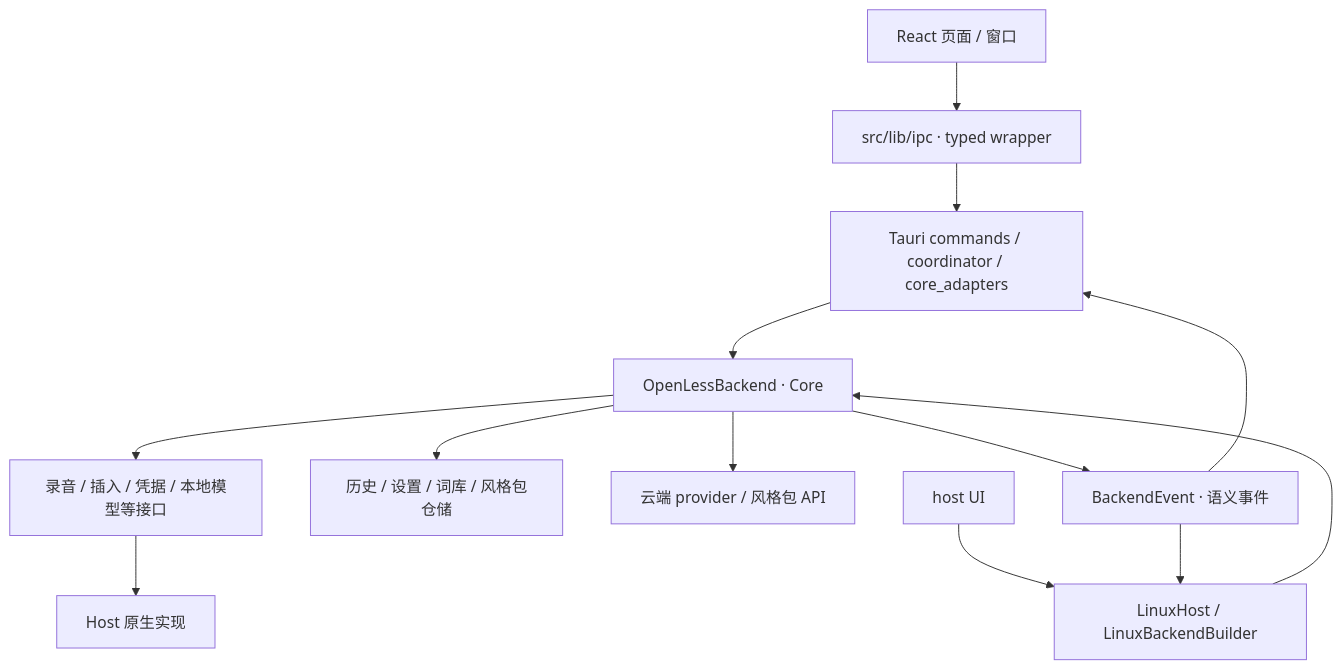
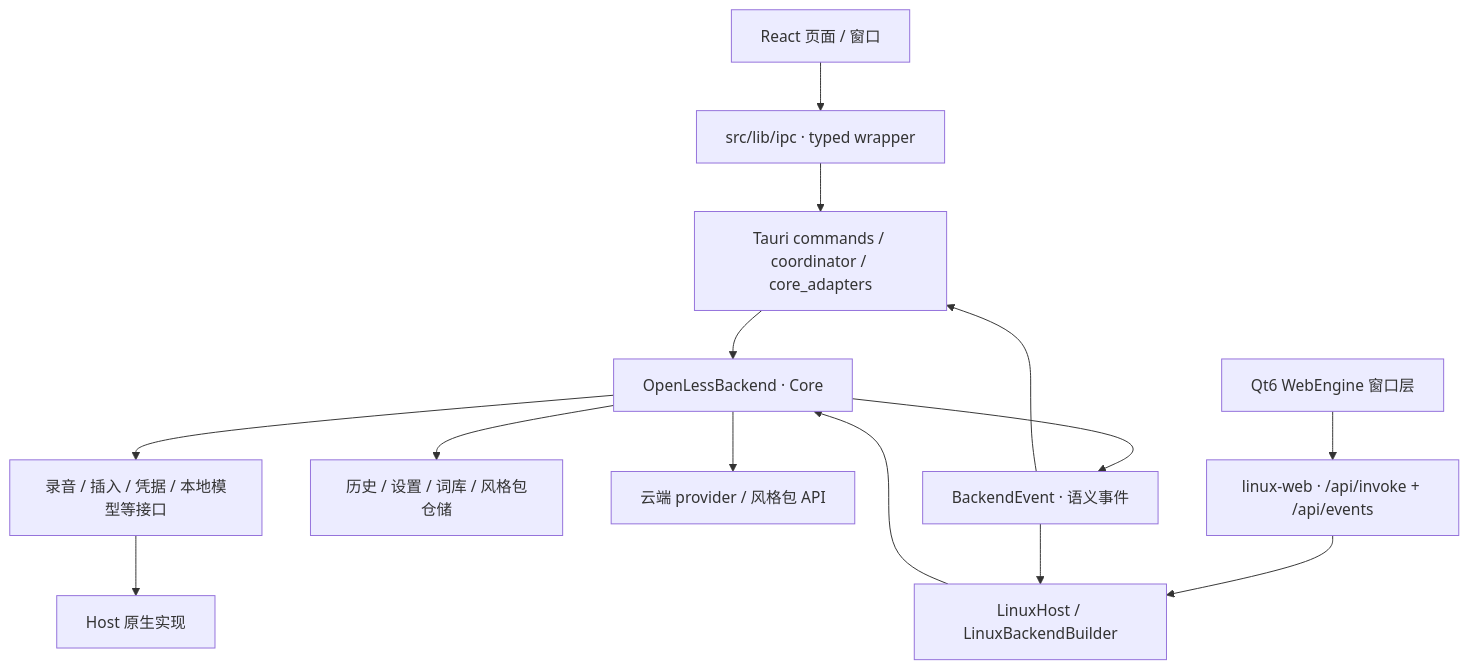
Before and after one commit to Open-Less/openless: the diagram in docs/architecture.md, drawn with Mermaid. The commit also changed 40 other files, not shown here.

````diff
--- a/docs/architecture.md
+++ b/docs/architecture.md
@@ -21,15 +21,16 @@
 ```mermaid
 flowchart TB
     React["React 页面 / 窗口"] --> IPC["src/lib/ipc · typed wrapper"]
     IPC --> Tauri["Tauri commands / coordinator / core_adapters"]
-    Egui["host UI"] --> Linux["LinuxHost / LinuxBackendBuilder"]
+    Qt["Qt6 WebEngine 窗口层"] --> Bridge["linux-web · /api/invoke + /api/events"]
+    Bridge --> Linux["LinuxHost / LinuxBackendBuilder"]
     Tauri --> Core["OpenLessBackend · Core"]
     Linux --> Core
     Core --> Stores["历史 / 设置 / 词库 / 风格包仓储"]
     Core --> Network["云端 provider / 风格包 API"]
     Core --> Ports["录音 / 插入 / 凭据 / 本地模型等接口"]
     Ports --> Native["Host 原生实现"]
     Core --> Events["BackendEvent · 语义事件"]
     Events --> Tauri
     Events --> Linux
 ```
````
